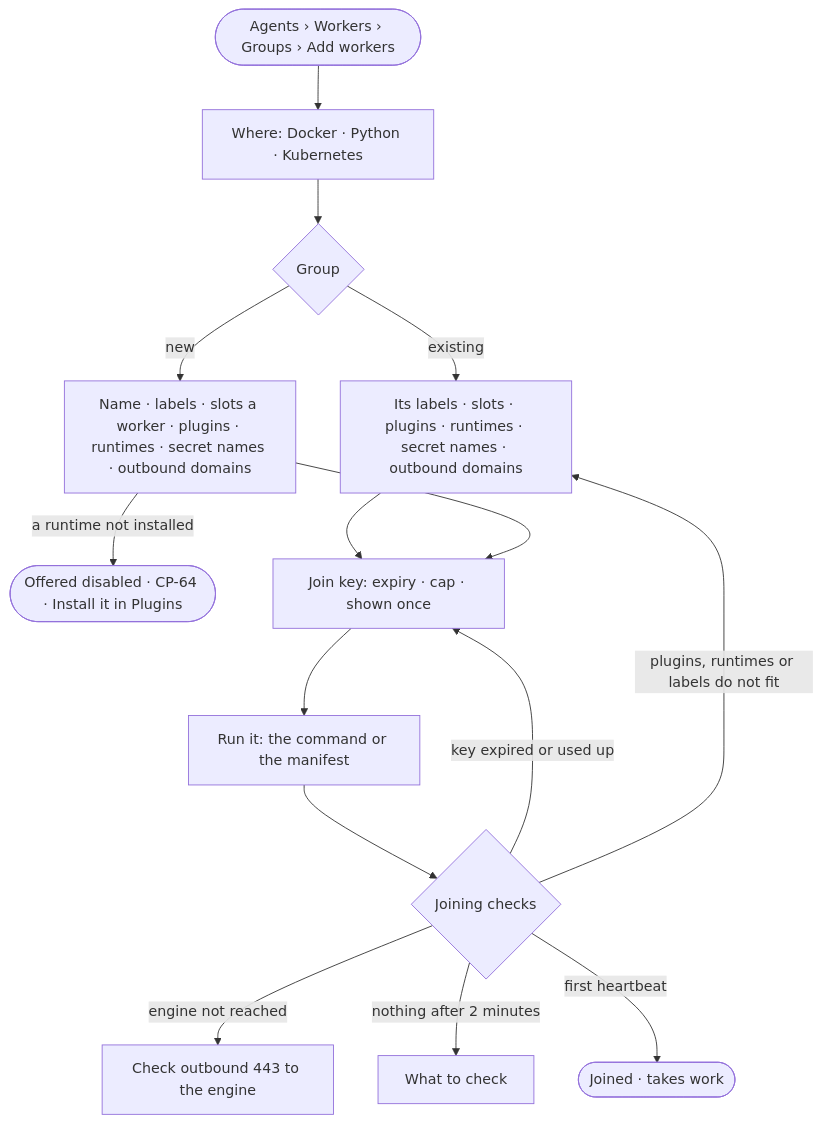
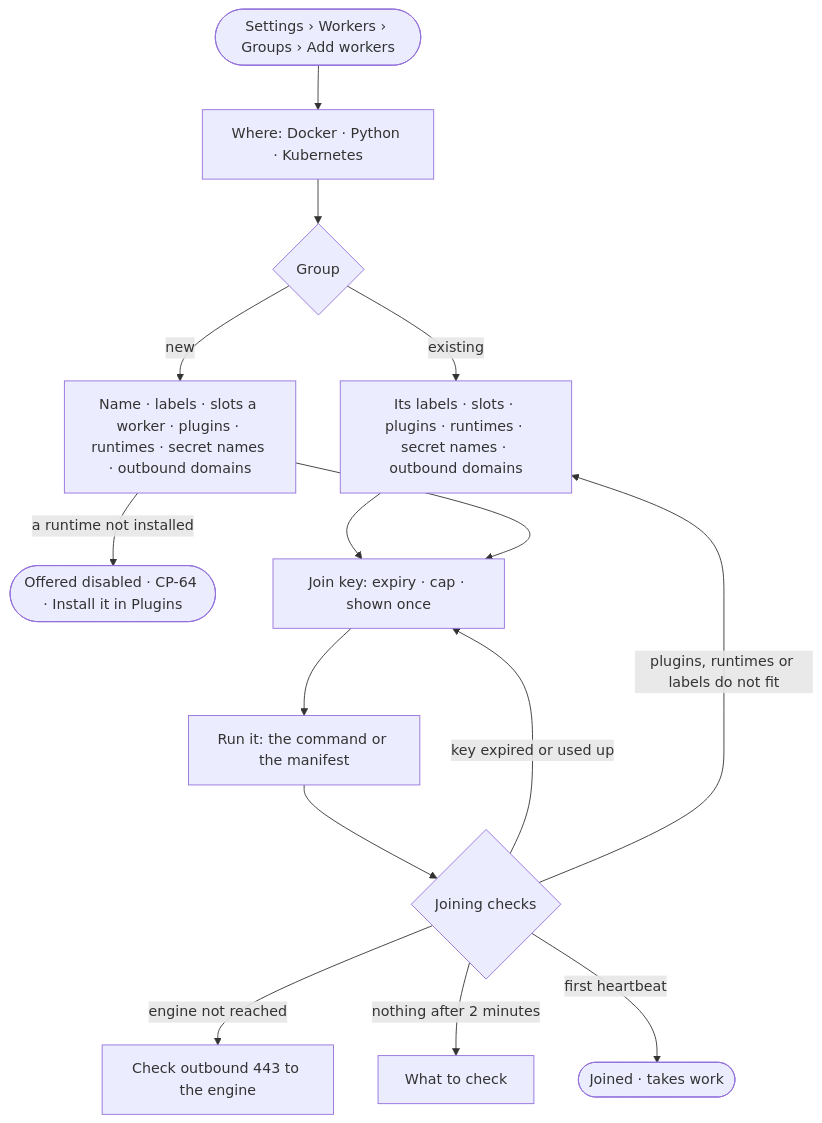
Before and after one commit to invana/invana: the diagram in specs/os/control/features/CP-F03-workers-and-the-queue/stories/CP-10-add-workers-on-my-own-machines-with-one-command/story.md, drawn with Mermaid. The commit also changed other lines of this file and 43 other files, not shown here.

First line of the commit message:
docs(specs): Agents mode keeps work; Plugins, Fleet, Workers move to Settings

````diff
--- a/specs/os/control/features/CP-F03-workers-and-the-queue/stories/CP-10-add-workers-on-my-own-machines-with-one-command/story.md
+++ b/specs/os/control/features/CP-F03-workers-and-the-queue/stories/CP-10-add-workers-on-my-own-machines-with-one-command/story.md
@@ -26,17 +26,17 @@
 ```mermaid
 flowchart TD
-  s([Agents › Workers › Groups › Add workers]) --> wh["Where: Docker · Python · Kubernetes"]
+  s([Settings › Workers › Groups › Add workers]) --> wh["Where: Docker · Python · Kubernetes"]
   wh --> g{"Group"}
   g -->|existing| ge["Its labels · slots · plugins · runtimes · secret names · outbound domains"]
   g -->|new| gn["Name · labels · slots a worker · plugins · runtimes · secret names · outbound domains"]
   gn -->|a runtime not installed| ri(["Offered disabled · CP-64 · Install it in Plugins"])
   ge --> k["Join key: expiry · cap · shown once"]
   gn --> k
   k --> run["Run it: the command or the manifest"]
   run --> chk{"Joining checks"}
   chk -->|key expired or used up| k
   chk -->|engine not reached| net["Check outbound 443 to the engine"]
   chk -->|plugins, runtimes or labels do not fit| ge
   chk -->|nothing after 2 minutes| cl["What to check"]
   chk -->|first heartbeat| j(["Joined · takes work"])
 ```
````
